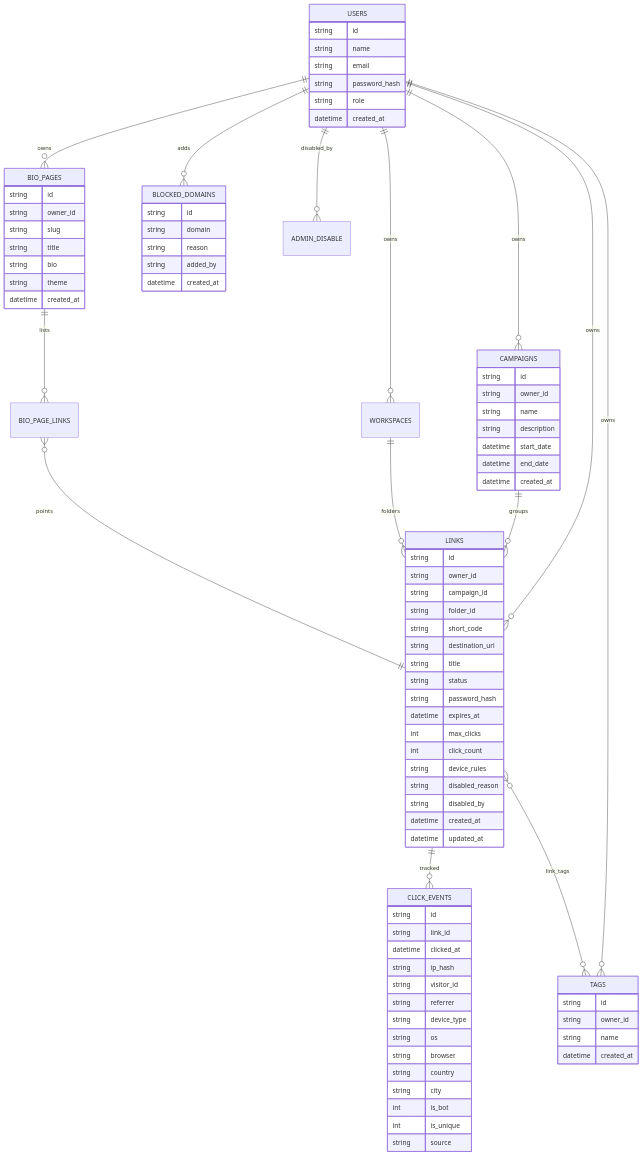
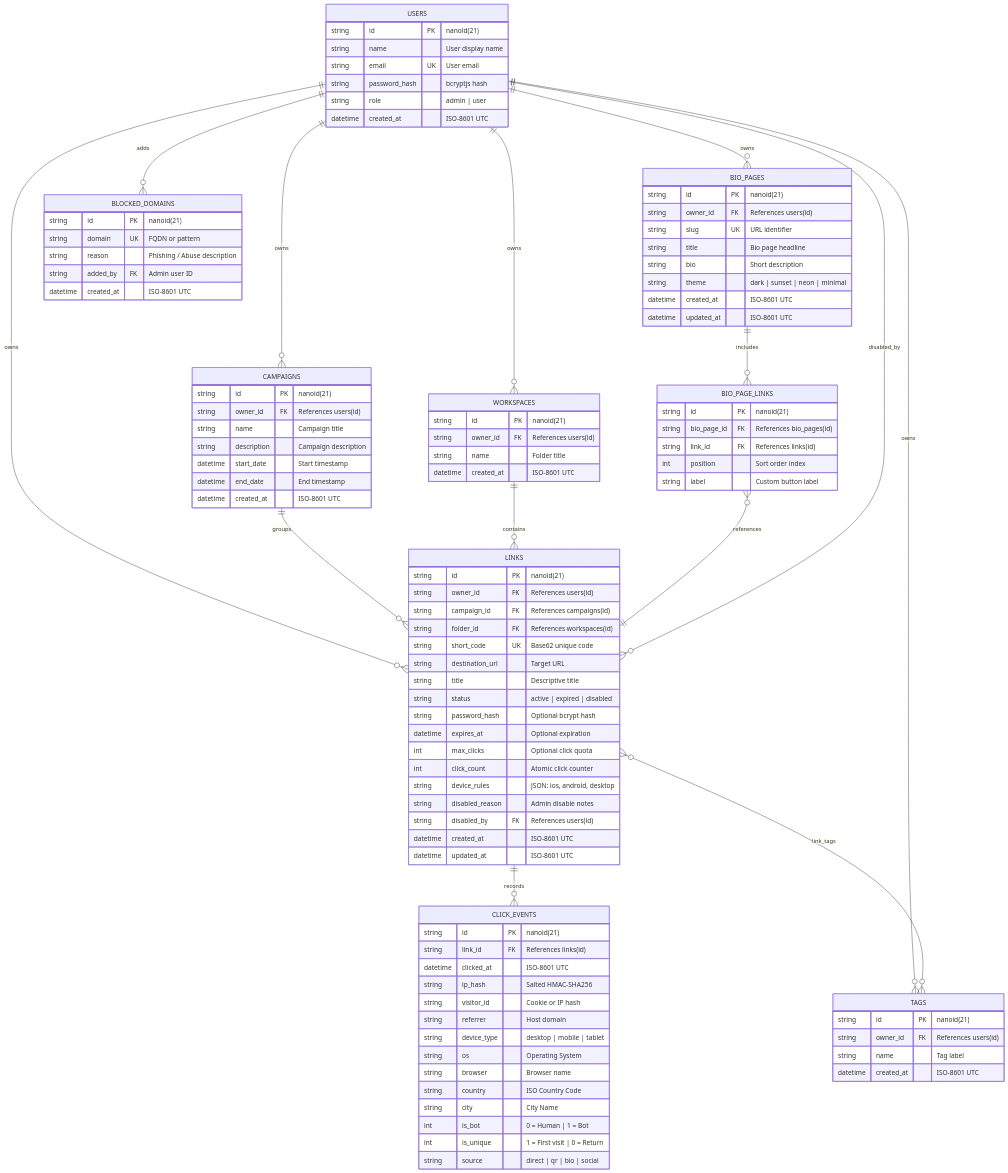
One commit to kernelcorestudio/KC-Studio_LinkPulse changed the seventh of 7 diagrams in README.md. Above: the diagram before and after it, drawn with Mermaid. The commit also changed other lines of this file, not shown here.

Commit message:
docs: overhaul README with architecture, DFDs, flowcharts, ER diagram and telemetry details

````diff
--- a/README.md
+++ b/README.md
@@ -164,24 +430,113 @@
 ```mermaid
 erDiagram
-  USERS ||--o{ LINKS : owns
-  USERS ||--o{ CAMPAIGNS : owns
-  USERS ||--o{ TAGS : owns
-  USERS ||--o{ WORKSPACES : owns
-  USERS ||--o{ BIO_PAGES : owns
-  USERS ||--o{ BLOCKED_DOMAINS : adds
-  CAMPAIGNS ||--o{ LINKS : groups
-  WORKSPACES ||--o{ LINKS : folders
-  LINKS ||--o{ CLICK_EVENTS : tracked
-  LINKS }o--o{ TAGS : link_tags
-  BIO_PAGES ||--o{ BIO_PAGE_LINKS : lists
-  BIO_PAGE_LINKS }o--|| LINKS : points
-  USERS ||--o{ ADMIN_DISABLE : "disabled_by"
+    USERS ||--o{ LINKS : "owns"
+    USERS ||--o{ CAMPAIGNS : "owns"
+    USERS ||--o{ TAGS : "owns"
+    USERS ||--o{ WORKSPACES : "owns"
+    USERS ||--o{ BIO_PAGES : "owns"
+    USERS ||--o{ BLOCKED_DOMAINS : "adds"
+    CAMPAIGNS ||--o{ LINKS : "groups"
+    WORKSPACES ||--o{ LINKS : "contains"
+    LINKS ||--o{ CLICK_EVENTS : "records"
+    LINKS }o--o{ TAGS : "link_tags"
+    BIO_PAGES ||--o{ BIO_PAGE_LINKS : "includes"
+    BIO_PAGE_LINKS }o--|| LINKS : "references"
+    USERS ||--o{ LINKS : "disabled_by"
 
-  USERS { string id string name string email string password_hash string role datetime created_at }
-  LINKS { string id string owner_id string campaign_id string folder_id string short_code string destination_url string title string status string password_hash datetime expires_at int max_clicks int click_count string device_rules string disabled_reason string disabled_by datetime created_at datetime updated_at }
-  CLICK_EVENTS { string id string link_id datetime clicked_at string ip_hash string visitor_id string referrer string device_type string os string browser string country string city int is_bot int is_unique string source }
-  CAMPAIGNS { string id string owner_id string name string description datetime start_date datetime end_date datetime created_at }
-  TAGS { string id string owner_id string name datetime created_at }
-  BLOCKED_DOMAINS { string id string domain string reason string added_by datetime created_at }
-  BIO_PAGES { string id string owner_id string slug string title string bio string theme datetime created_at }
+    USERS {
+        string id PK "nanoid(21)"
+        string name "User display name"
+        string email UK "User email"
+        string password_hash "bcryptjs hash"
+        string role "admin | user"
+        datetime created_at "ISO-8601 UTC"
+    }
+
+    LINKS {
+        string id PK "nanoid(21)"
+        string owner_id FK "References users(id)"
+        string campaign_id FK "References campaigns(id)"
+        string folder_id FK "References workspaces(id)"
+        string short_code UK "Base62 unique code"
+        string destination_url "Target URL"
+        string title "Descriptive title"
+        string status "active | expired | disabled"
+        string password_hash "Optional bcrypt hash"
+        datetime expires_at "Optional expiration"
+        int max_clicks "Optional click quota"
+        int click_count "Atomic click counter"
+        string device_rules "JSON: ios, android, desktop"
+        string disabled_reason "Admin disable notes"
+        string disabled_by FK "References users(id)"
+        datetime created_at "ISO-8601 UTC"
+        datetime updated_at "ISO-8601 UTC"
+    }
+
+    CLICK_EVENTS {
+        string id PK "nanoid(21)"
+        string link_id FK "References links(id)"
+        datetime clicked_at "ISO-8601 UTC"
+        string ip_hash "Salted HMAC-SHA256"
+        string visitor_id "Cookie or IP hash"
+        string referrer "Host domain"
+        string device_type "desktop | mobile | tablet"
+        string os "Operating System"
+        string browser "Browser name"
+        string country "ISO Country Code"
+        string city "City Name"
+        int is_bot "0 = Human | 1 = Bot"
+        int is_unique "1 = First visit | 0 = Return"
+        string source "direct | qr | bio | social"
+    }
+
+    CAMPAIGNS {
+        string id PK "nanoid(21)"
+        string owner_id FK "References users(id)"
+        string name "Campaign title"
+        string description "Campaign description"
+        datetime start_date "Start timestamp"
+        datetime end_date "End timestamp"
+        datetime created_at "ISO-8601 UTC"
+    }
+
+    TAGS {
+        string id PK "nanoid(21)"
+        string owner_id FK "References users(id)"
+        string name "Tag label"
+        datetime created_at "ISO-8601 UTC"
+    }
+
+    WORKSPACES {
+        string id PK "nanoid(21)"
+        string owner_id FK "References users(id)"
+        string name "Folder title"
+        datetime created_at "ISO-8601 UTC"
+    }
+
+    BLOCKED_DOMAINS {
+        string id PK "nanoid(21)"
+        string domain UK "FQDN or pattern"
+        string reason "Phishing / Abuse description"
+        string added_by FK "Admin user ID"
+        datetime created_at "ISO-8601 UTC"
+    }
+
+    BIO_PAGES {
+        string id PK "nanoid(21)"
+        string owner_id FK "References users(id)"
+        string slug UK "URL identifier"
+        string title "Bio page headline"
+        string bio "Short description"
+        string theme "dark | sunset | neon | minimal"
+        datetime created_at "ISO-8601 UTC"
+        datetime updated_at "ISO-8601 UTC"
+    }
+
+    BIO_PAGE_LINKS {
+        string id PK "nanoid(21)"
+        string bio_page_id FK "References bio_pages(id)"
+        string link_id FK "References links(id)"
+        int position "Sort order index"
+        string label "Custom button label"
+    }
 ```
````
